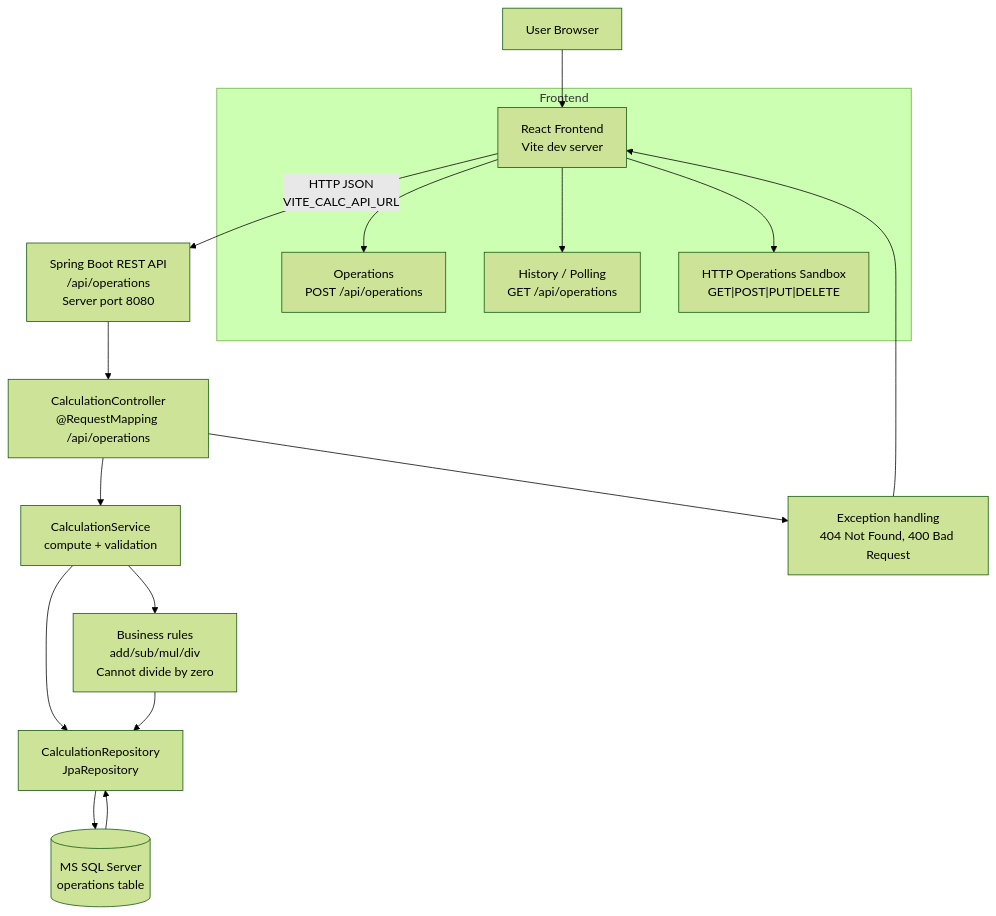
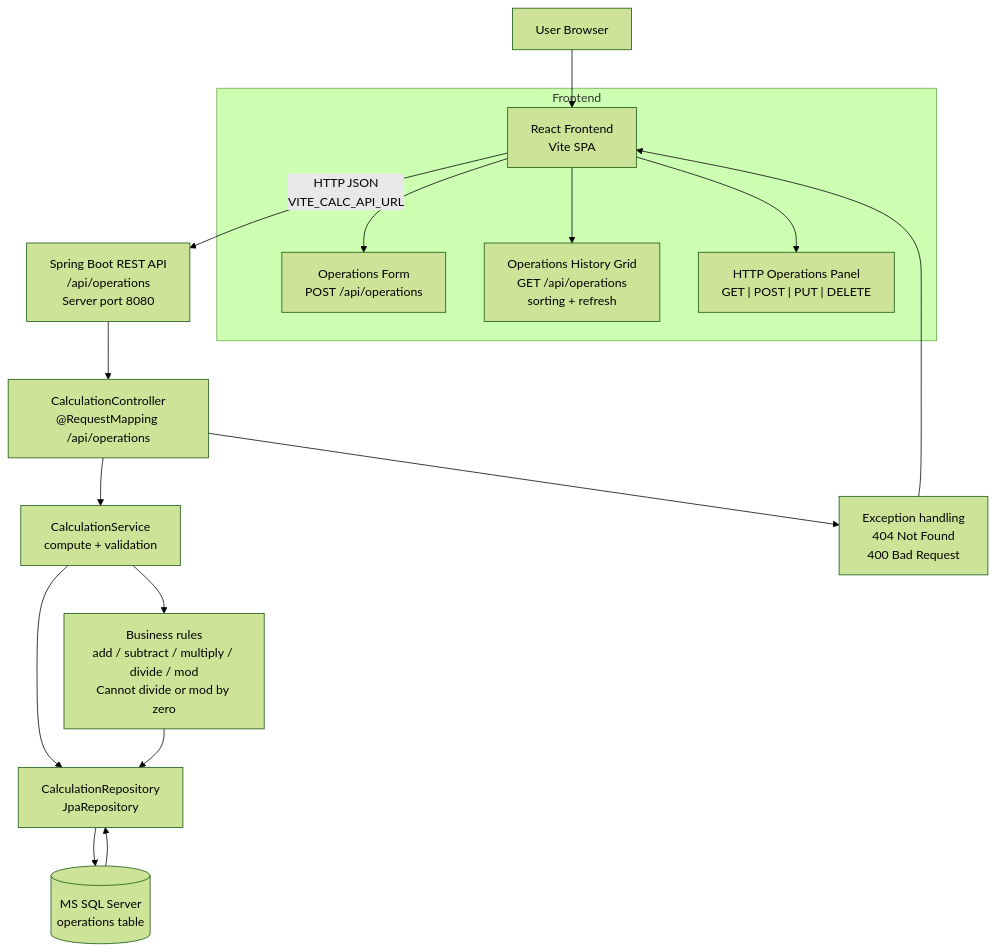
The diagram in docs/architecture.md (kkmadiraju/my-react-app), drawn with Mermaid (forest theme) before and after one commit. The commit also changed other lines of this file and 3 other files, not shown here.

Commit message:
Updated the architecture diagrams

````diff
--- a/docs/architecture.md
+++ b/docs/architecture.md
@@ -13,22 +13,23 @@
 ```mermaid
 flowchart TB
-  User["User Browser"] --> FE["React Frontend\nVite dev server"]
-  FE -->|HTTP JSON\nVITE_CALC_API_URL| API["Spring Boot REST API\n/api/operations\nServer port 8080"]
+  User["User Browser"] --> FE["React Frontend\nVite SPA"]
 
   subgraph Frontend
-    FE --> FE_OPS["Operations\nPOST /api/operations"]
-    FE --> FE_LIST["History / Polling\nGET /api/operations"]
-    FE --> FE_HTTP["HTTP Operations Sandbox\nGET|POST|PUT|DELETE"]
+    FE --> FE_OPS["Operations Form\nPOST /api/operations"]
+    FE --> FE_LIST["Operations History Grid\nGET /api/operations\nsorting + refresh"]
+    FE --> FE_HTTP["HTTP Operations Panel\nGET | POST | PUT | DELETE"]
   end
+
+  FE -->|HTTP JSON\nVITE_CALC_API_URL| API["Spring Boot REST API\n/api/operations\nServer port 8080"]
 
   API --> CTRL["CalculationController\n@RequestMapping /api/operations"]
   CTRL --> SVC["CalculationService\ncompute + validation"]
   SVC --> REPO["CalculationRepository\nJpaRepository"]
   REPO --> DB[("MS SQL Server\noperations table")]
 
-  SVC --> E1["Business rules\nadd/sub/mul/div\nCannot divide by zero"]
-  E1 --> REPO
-  CTRL --> ERR["Exception handling\n404 Not Found, 400 Bad Request"]
+  SVC --> RULES["Business rules\nadd / subtract / multiply / divide / mod\nCannot divide or mod by zero"]
+  RULES --> REPO
+  CTRL --> ERR["Exception handling\n404 Not Found\n400 Bad Request"]
   ERR --> FE
   DB --> REPO
 ```
````
